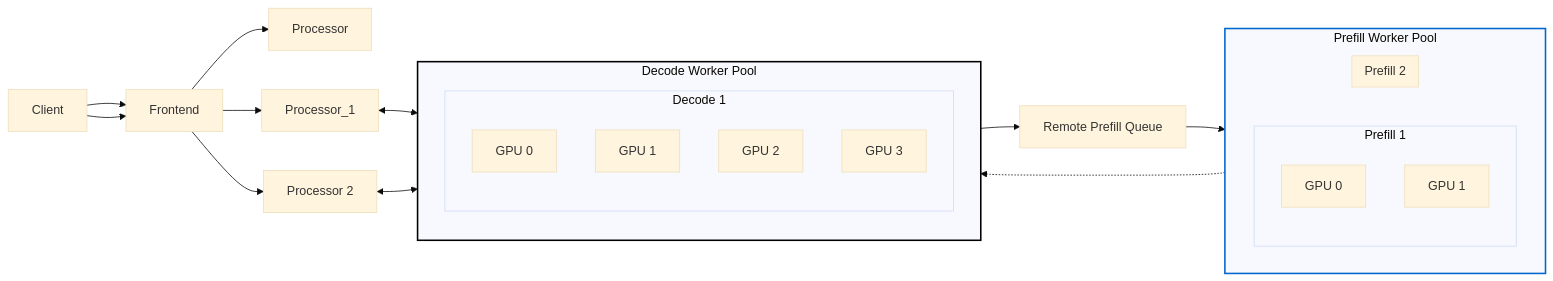
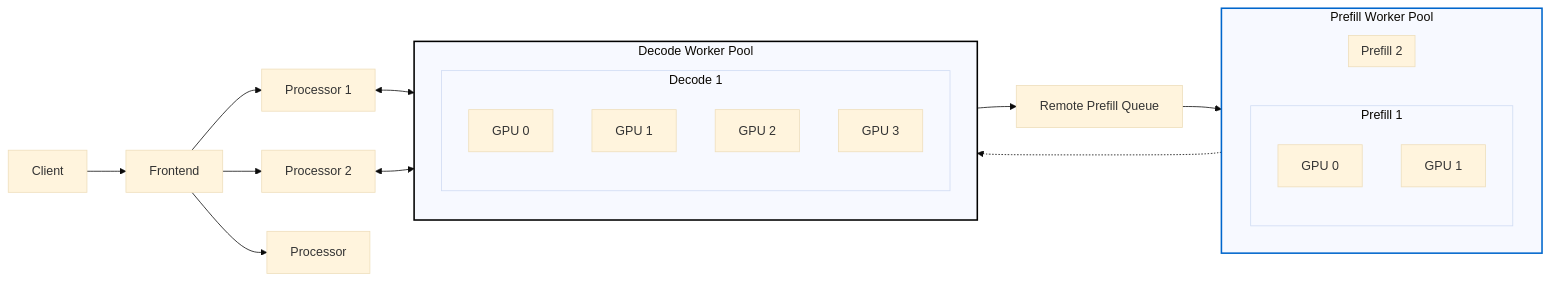
Before and after one commit to ai-dynamo/dynamo: the sixth of 6 diagrams in tests/fault_tolerance/README.md, drawn with Mermaid (base theme).

````diff
--- a/tests/fault_tolerance/README.md
+++ b/tests/fault_tolerance/README.md
@@ -491,54 +491,53 @@
 ```mermaid
 graph LR
     Client["Client"]
     Frontend["Frontend"]
-    Processor["Processor"]
+    Processor_1["Processor 1"]
 	Processor_2["Processor 2"]
     PrefillQueue["Remote Prefill Queue"]
 
     Client --> Frontend
     Frontend --> Processor_1
     Frontend --> Processor_2
 
-    Client --> Frontend
     Frontend --> Processor
     Processor_1 <--> DecodePool
 	Processor_2 <--> DecodePool
 
     %% Prefill Worker Pool (horizontal layout)
     subgraph PrefillPool["Prefill Worker Pool"]
         direction LR
         subgraph Prefill1["Prefill 1"]
             direction TB
             P1GPU0["GPU 0"]
             P1GPU1["GPU 1"]
 		end
         subgraph Prefill2["Prefill 2"]
             direction TB
             P1GPU0["GPU 0"]
             P1GPU1["GPU 1"]
 		end
 
     end
 
     %% Decode Worker Pool (vertical layout)
     subgraph DecodePool["Decode Worker Pool"]
         direction TB
         subgraph Decode1["Decode 1"]
             direction TB
             D1GPU0["GPU 0"]
             D1GPU1["GPU 1"]
             D1GPU2["GPU 2"]
             D1GPU3["GPU 3"]
         end
     end
 
 
 	PrefillQueue --> PrefillPool
     DecodePool --> PrefillQueue
     PrefillPool -.-> DecodePool
 
     %% Styling
     style PrefillPool stroke:#0066cc,stroke-width:2px
     style DecodePool stroke:#000,stroke-width:2px
 ```
````
